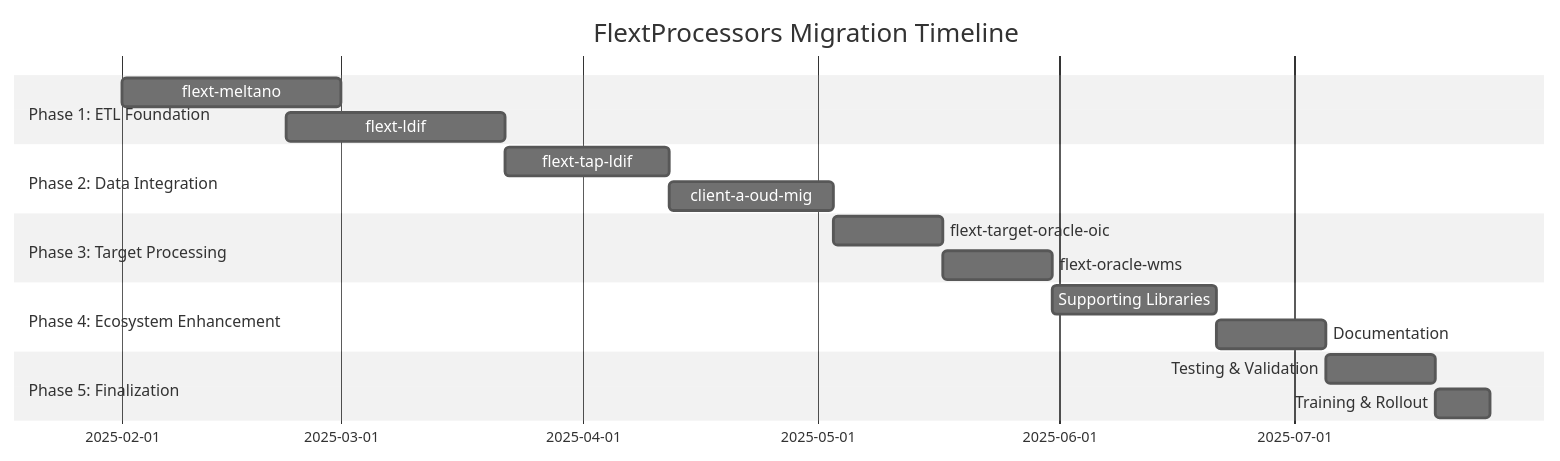
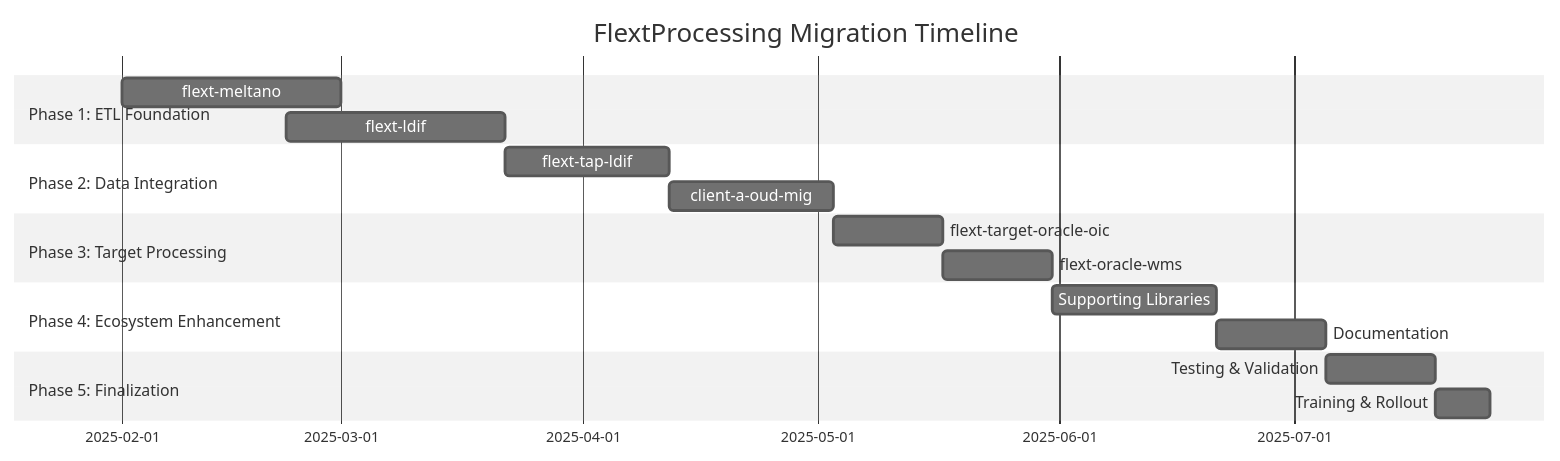
Before and after one commit to flext-sh/flext-core: the diagram in docs/architecture/processors/migration-roadmap.md, drawn with Mermaid (neutral theme). The commit also changed other lines of this file and 75 other files, not shown here.

````diff
--- a/docs/architecture/processors/migration-roadmap.md
+++ b/docs/architecture/processors/migration-roadmap.md
@@ -32,24 +32,24 @@
 ```mermaid
 gantt
-    title FlextProcessors Migration Timeline
+    title FlextProcessing Migration Timeline
     dateFormat  YYYY-MM-DD
     section Phase 1: ETL Foundation
     flext-meltano       :2025-02-01, 4w
     flext-ldif          :2025-02-22, 4w
 
     section Phase 2: Data Integration
     flext-tap-ldif      :2025-03-22, 3w
     client-a-oud-mig       :2025-04-12, 3w
 
     section Phase 3: Target Processing
     flext-target-oracle-oic :2025-05-03, 2w
     flext-oracle-wms    :2025-05-17, 2w
 
     section Phase 4: Ecosystem Enhancement
     Supporting Libraries :2025-05-31, 3w
     Documentation       :2025-06-21, 2w
 
     section Phase 5: Finalization
     Testing & Validation :2025-07-05, 2w
     Training & Rollout  :2025-07-19, 1w
 ```
````
